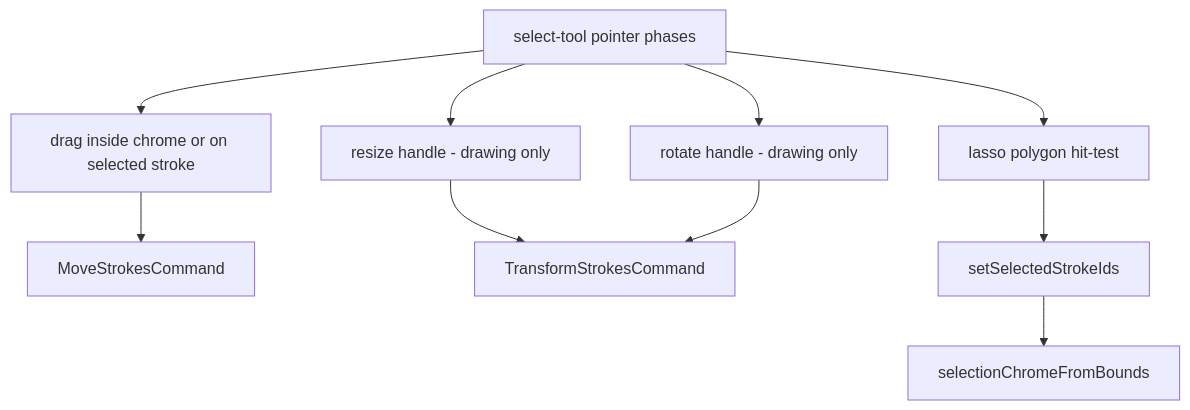
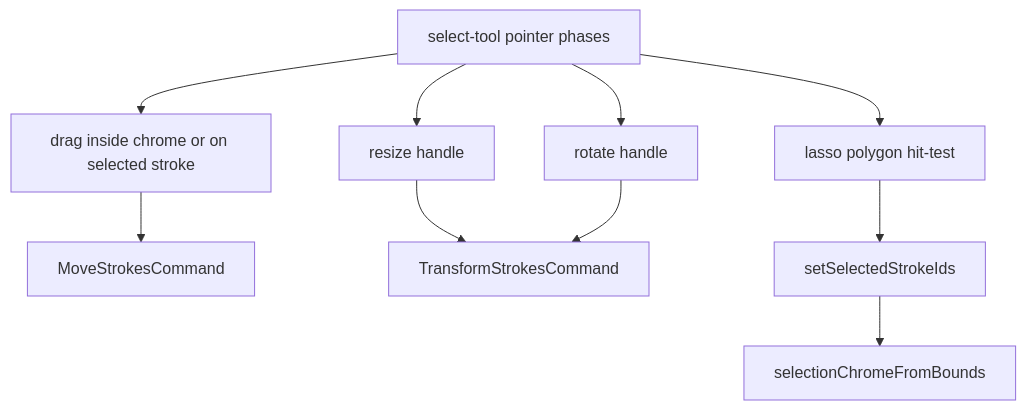
Before and after one commit to daledesilva/obsidian_ink: the diagram in docs/ink-canvas-selection.md, drawn with Mermaid. The commit also changed other lines of this file and 11 other files, not shown here.

Commit message:
updated: Gave writing selections the same resize and rotate handles as drawing, and deleted a showing selection with Backspace or Delete. Focused the embed after a click, drag, or selection change so those shortcuts reached the ink, and left the note caret in place when the pointer only hovered.

````diff
--- a/docs/ink-canvas-selection.md
+++ b/docs/ink-canvas-selection.md
@@ -20,13 +20,13 @@
 ```mermaid
 flowchart TD
   SelectTool[select-tool pointer phases]
   SelectTool --> Lasso[lasso polygon hit-test]
   SelectTool --> Drag[drag inside chrome or on selected stroke]
-  SelectTool --> Resize[resize handle - drawing only]
-  SelectTool --> Rotate[rotate handle - drawing only]
+  SelectTool --> Resize[resize handle]
+  SelectTool --> Rotate[rotate handle]
   Drag --> MoveCmd[MoveStrokesCommand]
   Resize --> TransformCmd[TransformStrokesCommand]
   Rotate --> TransformCmd
   Lasso --> SetIds[setSelectedStrokeIds]
   SetIds --> Chrome[selectionChromeFromBounds]
 ```
````
